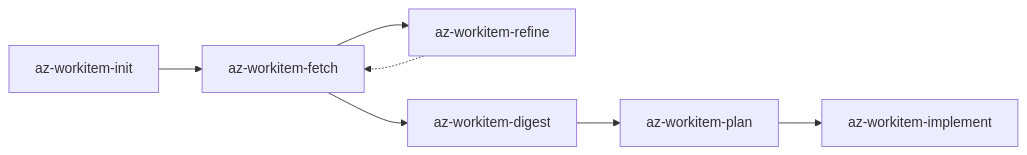
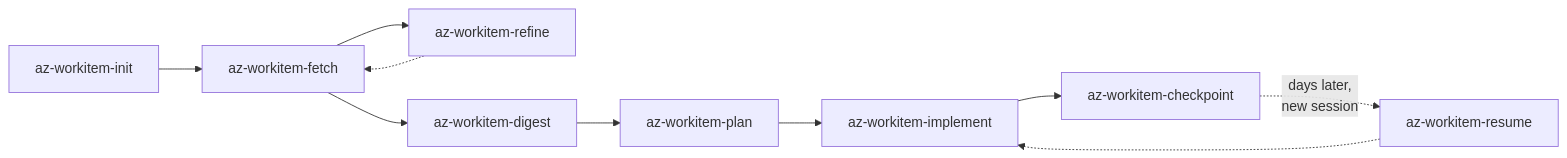
One commit to AlexCR97/.claude changed the first of 2 diagrams in skills/az-workitem-init/workflow.md. Above: the diagram before and after it, drawn with Mermaid. The commit also changed other lines of this file and 10 other files, not shown here.

First line of the commit message:
feat(az-workitem): add checkpoint and resume skills for session handoff

````diff
--- a/skills/az-workitem-init/workflow.md
+++ b/skills/az-workitem-init/workflow.md
@@ -5,9 +5,12 @@
 ```mermaid
 flowchart LR
     INIT[az-workitem-init] --> FETCH[az-workitem-fetch]
     FETCH --> REFINE[az-workitem-refine]
     REFINE -.-> FETCH
     FETCH --> DIGEST[az-workitem-digest]
     DIGEST --> PLAN[az-workitem-plan]
     PLAN --> IMPLEMENT[az-workitem-implement]
+    IMPLEMENT --> CHECKPOINT[az-workitem-checkpoint]
+    CHECKPOINT -.->|"days later,\nnew session"| RESUME[az-workitem-resume]
+    RESUME -.-> IMPLEMENT
 ```
````
